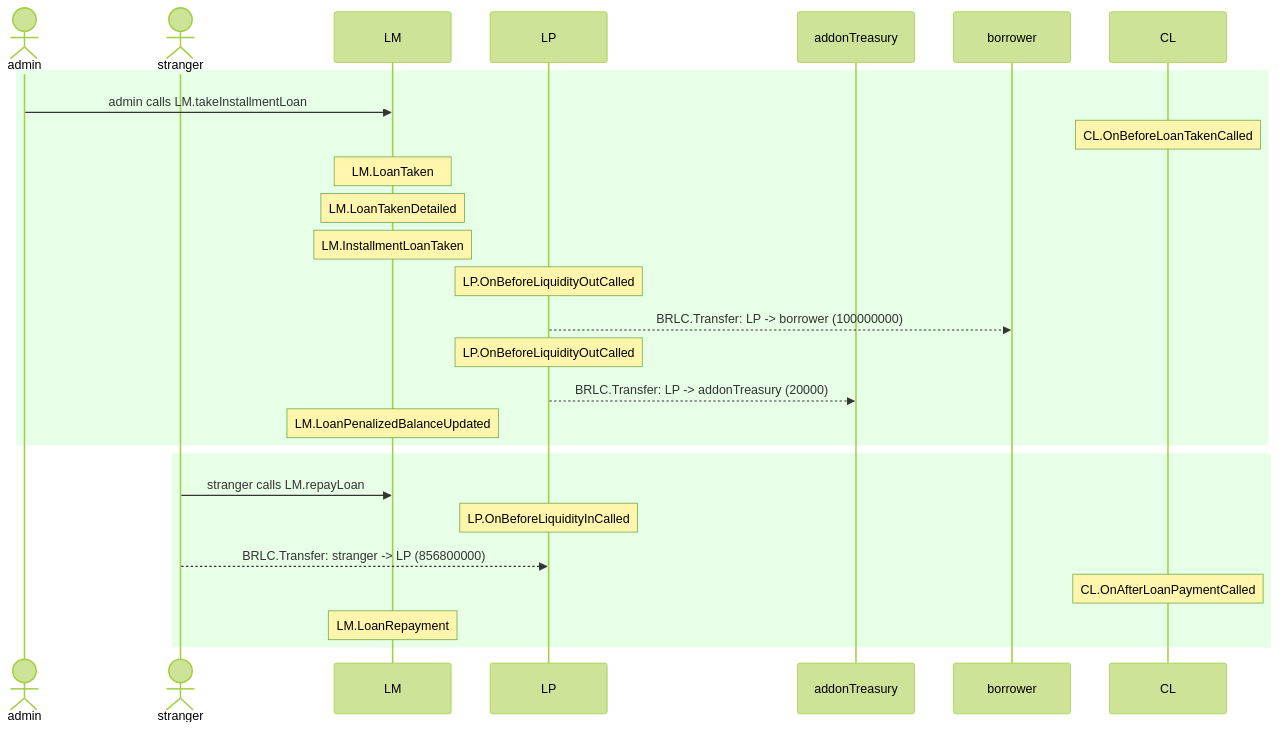
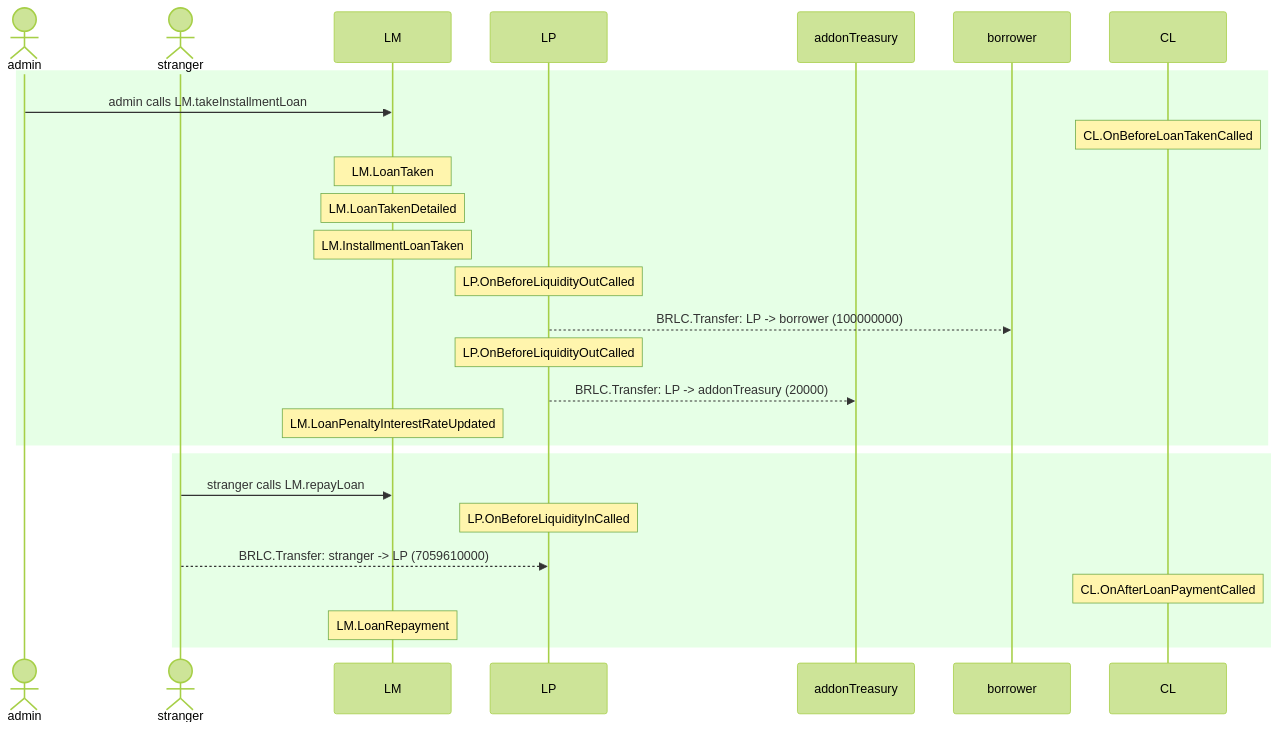
The second of 6 diagrams in test/__snapshots__humans__/LendingMarket.base.test.md (cloudwalk/brlc-capybara-finance), drawn with Mermaid (forest theme) before and after one commit. The commit also changed other lines of this file and 7 other files, not shown here.

First line of the commit message:
feat: replace penalized balances with penalty interest rates (#103)

````diff
--- a/test/__snapshots__humans__/LendingMarket.base.test.md
+++ b/test/__snapshots__humans__/LendingMarket.base.test.md
@@ -172,28 +174,28 @@
 ```mermaid
 sequenceDiagram
   actor admin
   actor stranger
   participant LM
   participant LP
   participant addonTreasury
   participant borrower
   rect rgb(230,255,230)
     admin->>LM: admin calls LM.takeInstallmentLoan
     Note over CL: CL.OnBeforeLoanTakenCalled
     Note over LM: LM.LoanTaken
     Note over LM: LM.LoanTakenDetailed
     Note over LM: LM.InstallmentLoanTaken
     Note over LP: LP.OnBeforeLiquidityOutCalled
     LP-->>borrower: BRLC.Transfer: LP -> borrower (100000000)
     Note over LP: LP.OnBeforeLiquidityOutCalled
     LP-->>addonTreasury: BRLC.Transfer: LP -> addonTreasury (20000)
-    Note over LM: LM.LoanPenalizedBalanceUpdated
+    Note over LM: LM.LoanPenaltyInterestRateUpdated
   end
   rect rgb(230,255,230)
     stranger->>LM: stranger calls LM.repayLoan
     Note over LP: LP.OnBeforeLiquidityInCalled
-    stranger-->>LP: BRLC.Transfer: stranger -> LP (856800000)
+    stranger-->>LP: BRLC.Transfer: stranger -> LP (7059610000)
     Note over CL: CL.OnAfterLoanPaymentCalled
     Note over LM: LM.LoanRepayment
   end
 ```
````
